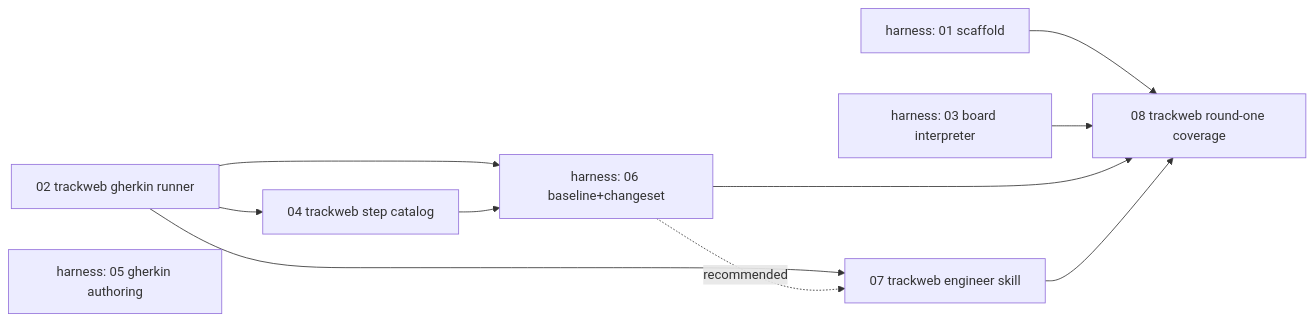
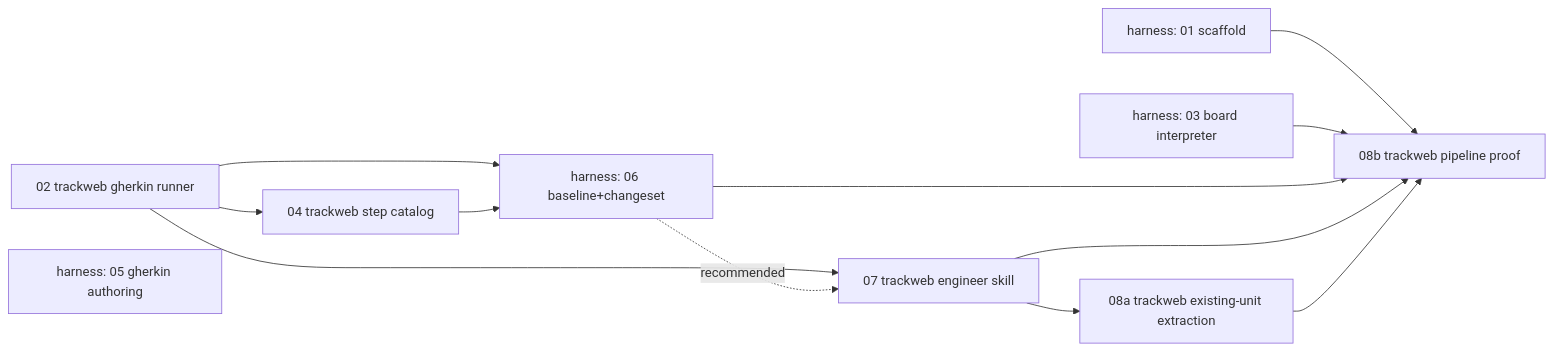
One commit to jonathanbranam/track-web changed the diagram in docs/games/dungeon-tactics/dungeon-harness-phases/README.md. Above: the diagram before and after it, drawn with Mermaid. The commit also changed other lines of this file and 4 other files, not shown here.

````diff
--- a/docs/games/dungeon-tactics/dungeon-harness-phases/README.md
+++ b/docs/games/dungeon-tactics/dungeon-harness-phases/README.md
@@ -51,21 +57,24 @@
 ```mermaid
 graph LR
   P01[harness: 01 scaffold]
   P02[02 trackweb gherkin runner]
   P03[harness: 03 board interpreter]
   P04[04 trackweb step catalog]
   P05[harness: 05 gherkin authoring]
   P06[harness: 06 baseline+changeset]
   P07[07 trackweb engineer skill]
-  P08[08 trackweb round-one coverage]
+  P08a[08a trackweb existing-unit extraction]
+  P08b[08b trackweb pipeline proof]
 
   P02 --> P04
   P02 --> P06
   P04 --> P06
   P02 --> P07
   P06 -.recommended.-> P07
-  P01 --> P08
-  P03 --> P08
-  P06 --> P08
-  P07 --> P08
+  P07 --> P08a
+  P01 --> P08b
+  P03 --> P08b
+  P06 --> P08b
+  P07 --> P08b
+  P08a --> P08b
 ```
````
